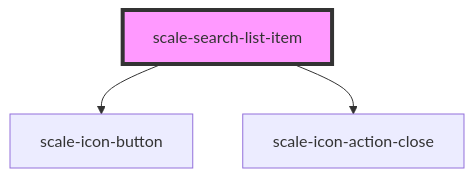
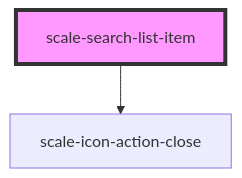
Before and after one commit to telekom/scale: the diagram in packages/components/src/components/search-list-item/readme.md, drawn with Mermaid. The commit also changed other lines of this file and 17 other files, not shown here.

````diff
--- a/packages/components/src/components/search-list-item/readme.md
+++ b/packages/components/src/components/search-list-item/readme.md
@@ -38,6 +37,5 @@
 ```mermaid
 graph TD;
-  scale-search-list-item --> scale-icon-button
   scale-search-list-item --> scale-icon-action-close
   style scale-search-list-item fill:#f9f,stroke:#333,stroke-width:4px
 ```
````
